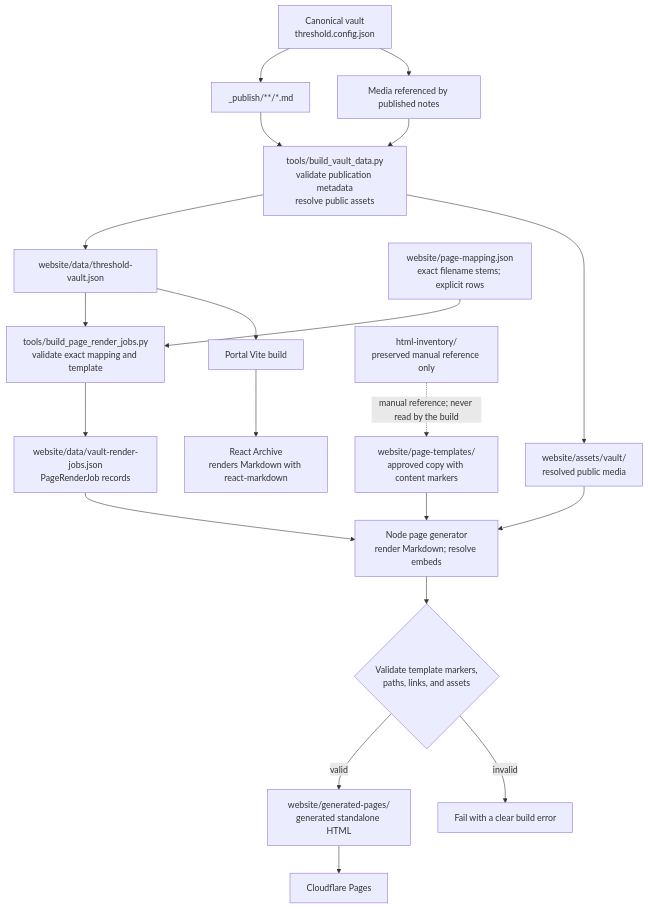
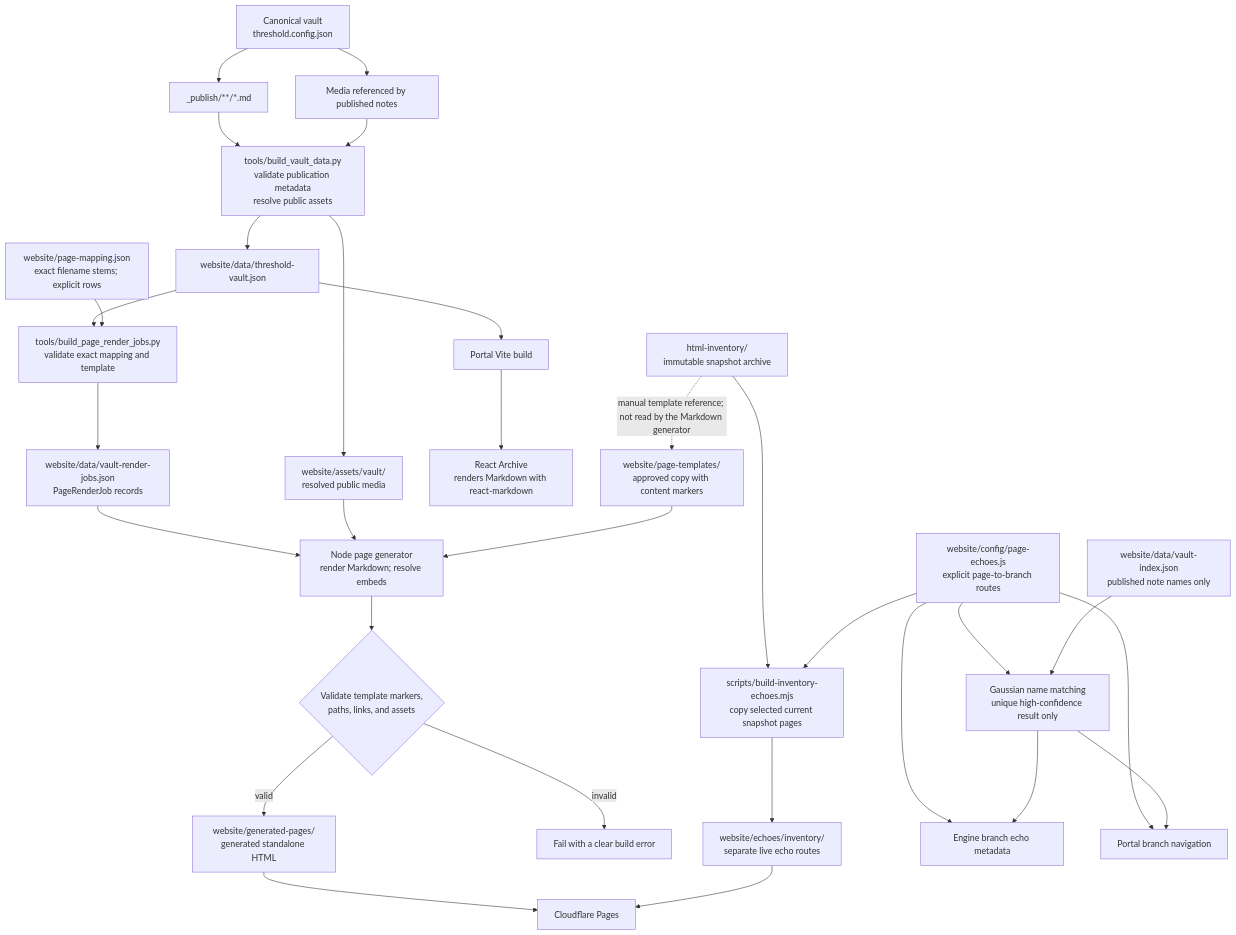
One commit to theghost024jr-sys/Threshold-Studio-Frontend changed the diagram in website/portal/docs/VAULT-TO-HTML-PAGE-FLOW.md. Above: the diagram before and after it, drawn with Mermaid. The commit also changed other lines of this file and 14 other files, not shown here.

````diff
--- a/website/portal/docs/VAULT-TO-HTML-PAGE-FLOW.md
+++ b/website/portal/docs/VAULT-TO-HTML-PAGE-FLOW.md
@@ -6,34 +6,49 @@
 ```mermaid
 flowchart TD
     VAULT["Canonical vault<br/>threshold.config.json"]
     MD["_publish/**/*.md"]
     MEDIA["Media referenced by published notes"]
     EXPORT["tools/build_vault_data.py<br/>validate publication metadata<br/>resolve public assets"]
     JSON["website/data/threshold-vault.json"]
     ASSETS["website/assets/vault/<br/>resolved public media"]
     JOB_BUILDER["tools/build_page_render_jobs.py<br/>validate exact mapping and template"]
     JOBS["website/data/vault-render-jobs.json<br/>PageRenderJob records"]
 
     VAULT --> MD --> EXPORT
     VAULT --> MEDIA --> EXPORT
     EXPORT --> JSON
     EXPORT --> ASSETS
     JSON --> JOB_BUILDER
 
     JSON --> VITE["Portal Vite build"]
     VITE --> ARCHIVE["React Archive<br/>renders Markdown with react-markdown"]
 
-    INVENTORY["html-inventory/<br/>preserved manual reference only"]
+    INVENTORY["html-inventory/<br/>immutable snapshot archive"]
     TEMPLATE["website/page-templates/<br/>approved copy with content markers"]
     MAP["website/page-mapping.json<br/>exact filename stems; explicit rows"]
-    INVENTORY -. "manual reference; never read by the build" .-> TEMPLATE
+    INVENTORY -. "manual template reference; not read by the Markdown generator" .-> TEMPLATE
     MAP --> JOB_BUILDER
     JOB_BUILDER --> JOBS
     JOBS --> GENERATOR["Node page generator<br/>render Markdown; resolve embeds"]
     ASSETS --> GENERATOR
     TEMPLATE --> GENERATOR
     GENERATOR --> CHECK{"Validate template markers,<br/>paths, links, and assets"}
     CHECK -- "valid" --> PAGES["website/generated-pages/<br/>generated standalone HTML"]
     CHECK -- "invalid" --> ERROR["Fail with a clear build error"]
     PAGES --> DEPLOY["Cloudflare Pages"]
+
+    ECHOES["website/config/page-echoes.js<br/>explicit page-to-branch routes"]
+    PUBLIC_INDEX["website/data/vault-index.json<br/>published note names only"]
+    ECHO_BUILDER["scripts/build-inventory-echoes.mjs<br/>copy selected current snapshot pages"]
+    ECHO_PAGES["website/echoes/inventory/<br/>separate live echo routes"]
+    INVENTORY --> ECHO_BUILDER
+    ECHOES --> ECHO_BUILDER
+    ECHOES --> MATCHER["Gaussian name matching<br/>unique high-confidence result only"]
+    PUBLIC_INDEX --> MATCHER
+    ECHO_BUILDER --> ECHO_PAGES
+    ECHOES --> ENGINE["Engine branch echo metadata"]
+    MATCHER --> ENGINE
+    ECHOES --> PORTAL["Portal branch navigation"]
+    MATCHER --> PORTAL
+    ECHO_PAGES --> DEPLOY
 ```
````
